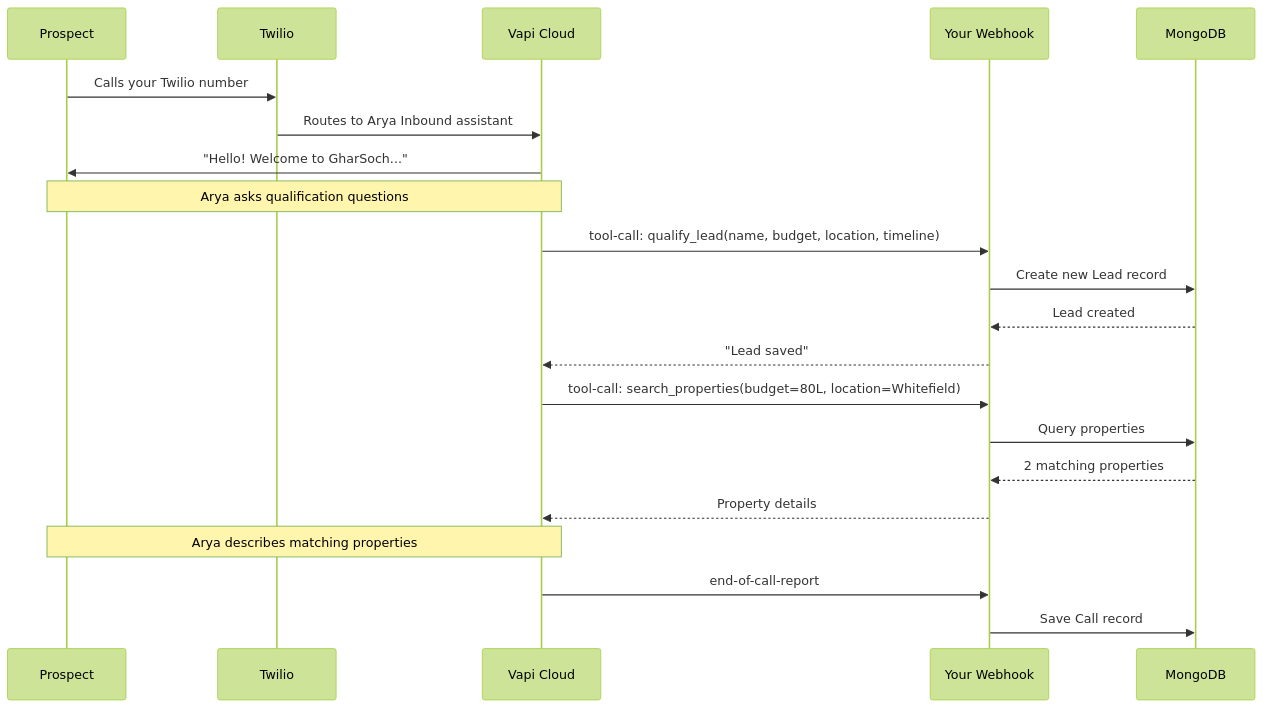
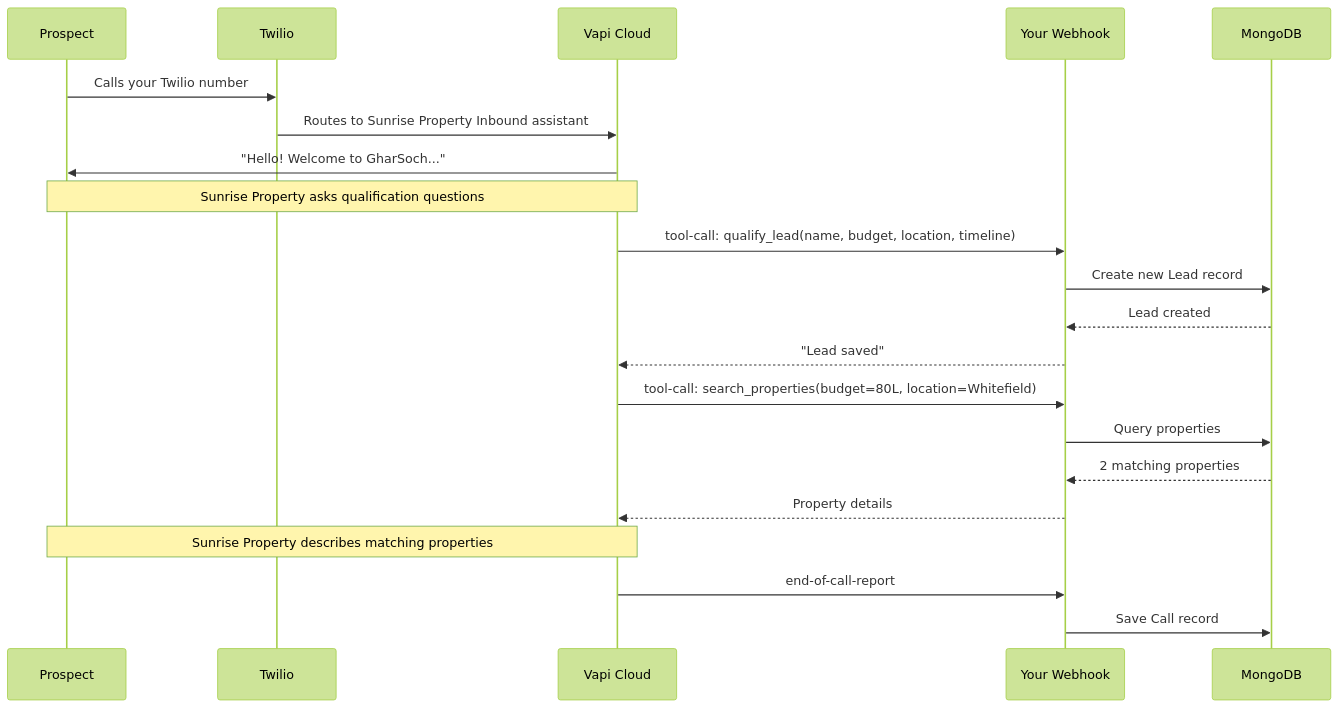
The third of 4 diagrams in gharsoc-web/docs/VOICE_ARCHITECTURE.md (AnuragU03/GharSoch), drawn with Mermaid (forest theme) before and after one commit. The commit also changed other lines of this file and 42 other files, not shown here.

````diff
--- a/gharsoc-web/docs/VOICE_ARCHITECTURE.md
+++ b/gharsoc-web/docs/VOICE_ARCHITECTURE.md
@@ -95,29 +95,29 @@
 ```mermaid
 sequenceDiagram
     participant L as Prospect
     participant T as Twilio
     participant V as Vapi Cloud
     participant W as Your Webhook
     participant D as MongoDB
 
     L->>T: Calls your Twilio number
-    T->>V: Routes to Arya Inbound assistant
+    T->>V: Routes to Sunrise Property Inbound assistant
     V->>L: "Hello! Welcome to GharSoch..."
     
-    Note over V,L: Arya asks qualification questions
+    Note over V,L: Sunrise Property asks qualification questions
     
     V->>W: tool-call: qualify_lead(name, budget, location, timeline)
     W->>D: Create new Lead record
     D-->>W: Lead created
     W-->>V: "Lead saved"
     
     V->>W: tool-call: search_properties(budget=80L, location=Whitefield)
     W->>D: Query properties
     D-->>W: 2 matching properties
     W-->>V: Property details
     
-    Note over V,L: Arya describes matching properties
+    Note over V,L: Sunrise Property describes matching properties
     
     V->>W: end-of-call-report
     W->>D: Save Call record
 ```
````
